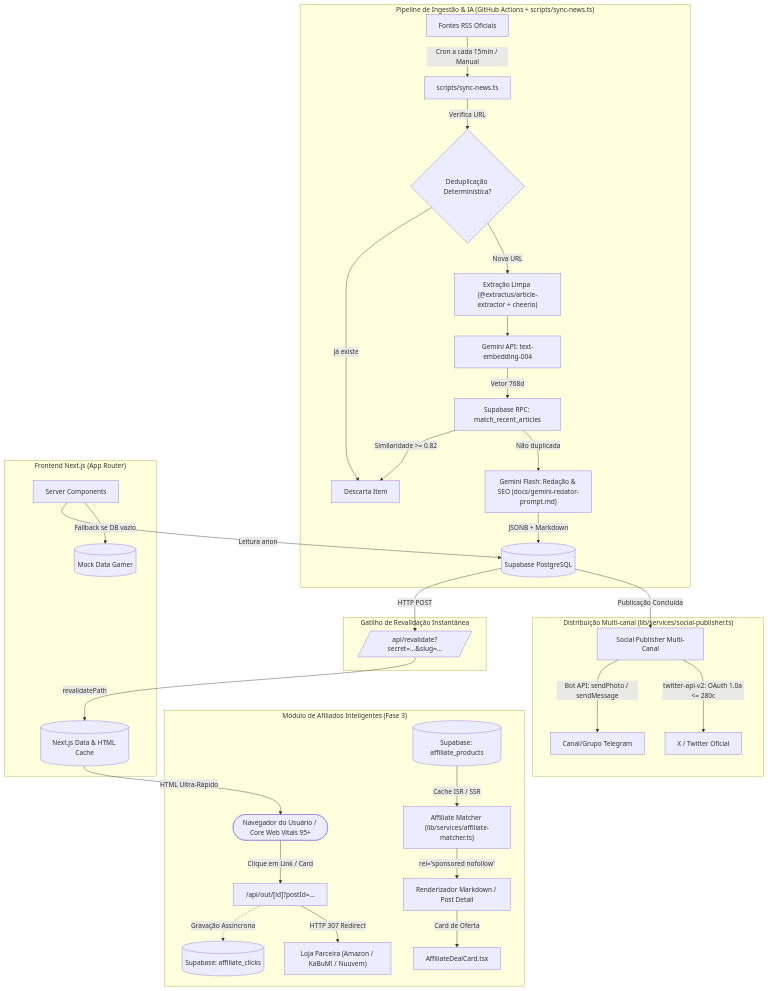
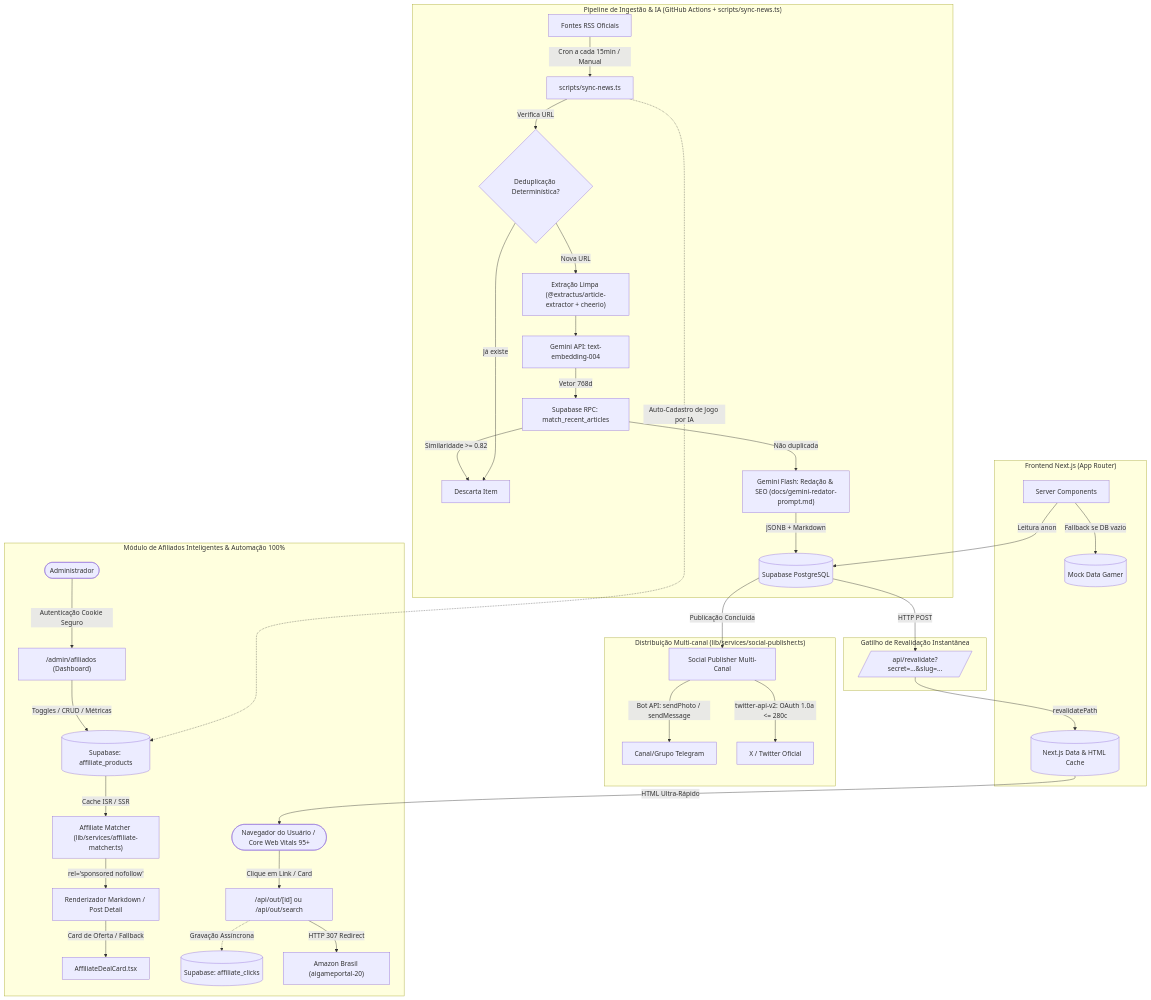
One commit to JuanBMMontesinos/AIGamePortal changed the diagram in docs/architecture.md. Above: the diagram before and after it, drawn with Mermaid. The commit also changed other lines of this file and 17 other files, not shown here.

Commit message:
feat: implement affiliate system with admin dashboard, API routes, database migrations, and documentation

````diff
--- a/docs/architecture.md
+++ b/docs/architecture.md
@@ -11,40 +11,43 @@
 ```mermaid
 flowchart TD
     subgraph Pipeline_IA ["Pipeline de Ingestão & IA (GitHub Actions + scripts/sync-news.ts)"]
         F1[Fontes RSS Oficiais] -->|Cron a cada 15min / Manual| SCRIPT[scripts/sync-news.ts]
         SCRIPT -->|Verifica URL| N2{Deduplicação Determinística?}
         N2 -->|Já existe| SKIP[Descarta Item]
         N2 -->|Nova URL| EXT["Extração Limpa (@extractus/article-extractor + cheerio)"]
         EXT --> G1[Gemini API: text-embedding-004]
         G1 -->|Vetor 768d| DB_VEC[Supabase RPC: match_recent_articles]
         DB_VEC -->|Similaridade >= 0.82| SKIP
         DB_VEC -->|Não duplicada| G2["Gemini Flash: Redação & SEO (docs/gemini-redator-prompt.md)"]
         G2 -->|JSONB + Markdown| DB_INS[(Supabase PostgreSQL)]
     end
 
     subgraph Revalidacao ["Gatilho de Revalidação Instantânea"]
         DB_INS -->|HTTP POST| REVAL[/api/revalidate?secret=...&slug=.../]
     end
 
     subgraph Distribuicao_Social ["Distribuição Multi-canal (lib/services/social-publisher.ts)"]
         DB_INS -->|Publicação Concluída| SOC[Social Publisher Multi-Canal]
         SOC -->|Bot API: sendPhoto / sendMessage| TEL[Canal/Grupo Telegram]
         SOC -->|twitter-api-v2: OAuth 1.0a <= 280c| TW[X / Twitter Oficial]
     end
 
-    subgraph Modulo_Afiliados ["Módulo de Afiliados Inteligentes (Fase 3)"]
-        AFF_DB[(Supabase: affiliate_products)] -->|Cache ISR / SSR| MATCHER["Affiliate Matcher (lib/services/affiliate-matcher.ts)"]
+    subgraph Modulo_Afiliados ["Módulo de Afiliados Inteligentes & Automação 100%"]
+        SCRIPT -.->|Auto-Cadastro de Jogo por IA| AFF_DB[(Supabase: affiliate_products)]
+        AFF_DB -->|Cache ISR / SSR| MATCHER["Affiliate Matcher (lib/services/affiliate-matcher.ts)"]
         MATCHER -->|rel='sponsored nofollow'| MD_RENDER["Renderizador Markdown / Post Detail"]
-        MD_RENDER -->|Card de Oferta| DEAL_CARD["AffiliateDealCard.tsx"]
-        USER -->|Clique em Link / Card| OUT_ROUTE["/api/out/[id]?postId=..."]
+        MD_RENDER -->|Card de Oferta / Fallback| DEAL_CARD["AffiliateDealCard.tsx"]
+        USER -->|Clique em Link / Card| OUT_ROUTE["/api/out/[id] ou /api/out/search"]
         OUT_ROUTE -.->|Gravação Assíncrona| CLICK_DB[(Supabase: affiliate_clicks)]
-        OUT_ROUTE -->|HTTP 307 Redirect| PARTNER_STORE["Loja Parceira (Amazon / KaBuM! / Nuuvem)"]
+        OUT_ROUTE -->|HTTP 307 Redirect| PARTNER_STORE["Amazon Brasil (aigameportal-20)"]
+        ADMIN([Administrador]) -->|Autenticação Cookie Seguro| ADMIN_UI["/admin/afiliados (Dashboard)"]
+        ADMIN_UI -->|Toggles / CRUD / Métricas| AFF_DB
     end
 
     subgraph Frontend_Nextjs ["Frontend Next.js (App Router)"]
         REVAL -->|revalidatePath| CACHE[(Next.js Data & HTML Cache)]
         CACHE -->|HTML Ultra-Rápido| USER([Navegador do Usuário / Core Web Vitals 95+])
         SERVER_COMP[Server Components] -->|Leitura anon| DB_INS
         SERVER_COMP -->|Fallback se DB vazio| MOCK[(Mock Data Gamer)]
     end
 ```
````
